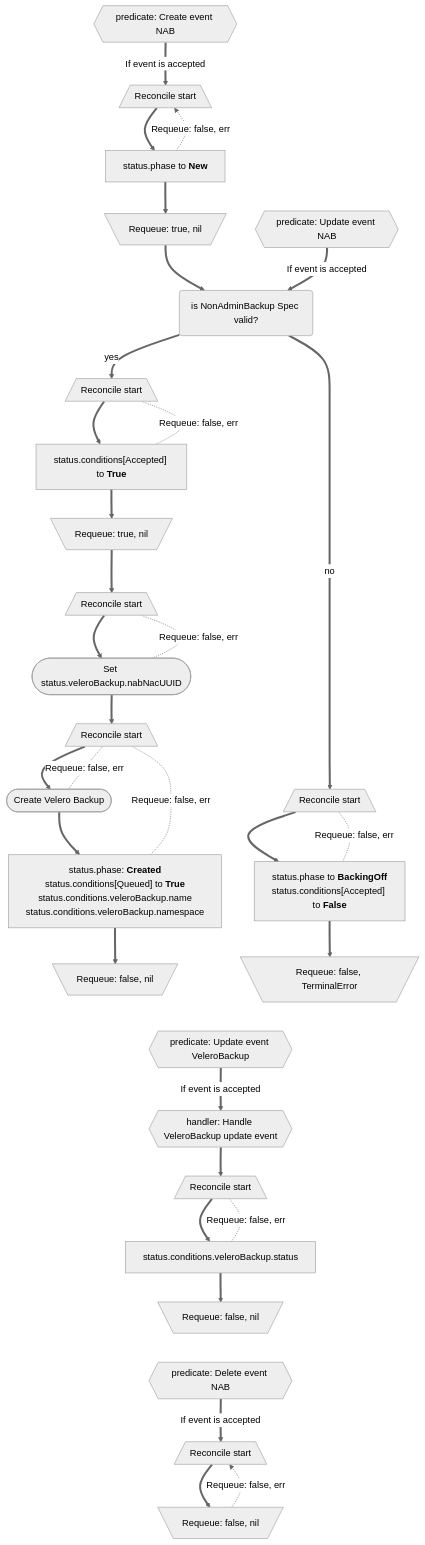
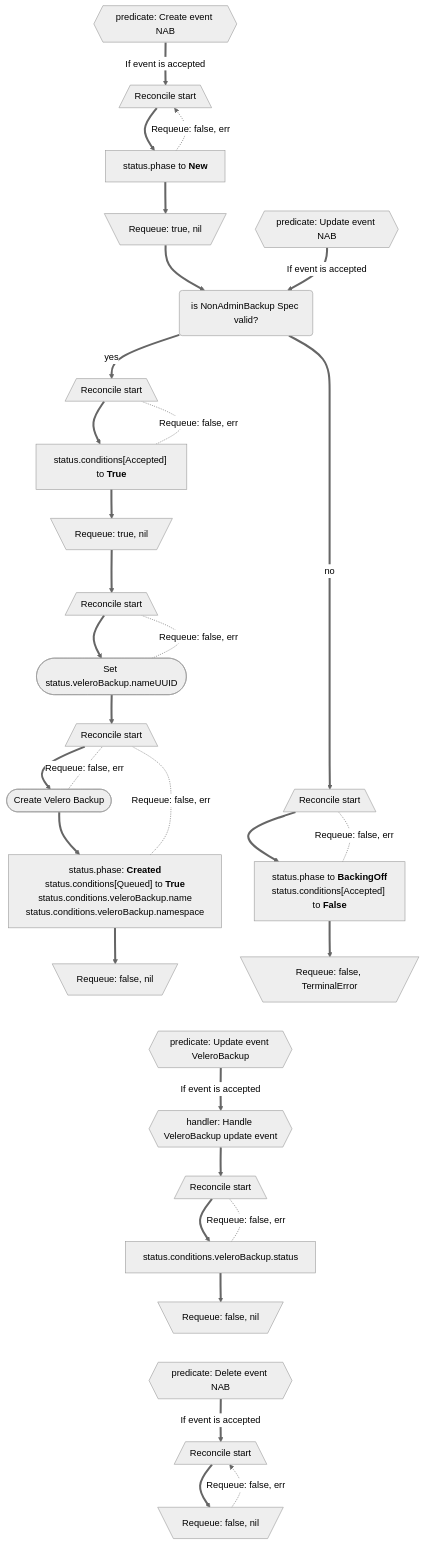
The diagram in docs/design/nab_and_nar_status_update.md (migtools/oadp-non-admin), drawn with Mermaid before and after one commit. The commit also changed other lines of this file and 8 other files, not shown here.

First line of the commit message:
Update custom UUID for NAB Object to reflect Code Review

````diff
--- a/docs/design/nab_and_nar_status_update.md
+++ b/docs/design/nab_and_nar_status_update.md
@@ -124,78 +124,78 @@
 ```mermaid
 %%{init: {'theme':'neutral'}}%%
 graph
 event1{{predicate: Create event NAB}} == If event is accepted ==>
 
 reconcileStart1[/Reconcile start\] ==>
 
 phaseNew["`status.phase to **New**`"] -. Requeue: false, err .-> reconcileStart1
 phaseNew ==>
 
 reconcileExit1[\Requeue: true, nil/]
 reconcileExit1 ==> question(is NonAdminBackup Spec valid?) == yes ==> reconcileStart2
 question == no ==> reconcileStartInvalid1
 
 
 
 reconcileStart2[/Reconcile start\] ==>
 
 conditionsAcceptedTrue["`status.conditions[Accepted] to **True**`"] -. Requeue: false, err .- reconcileStart2
 
 conditionsAcceptedTrue ==>
 
 reconcileExit2[\Requeue: true, nil/] ==>
 
 reconcileStart3[/Reconcile start\] ==>
 
-setVeleroBackupUUID([Set status.veleroBackup.nabNacUUID]) -. Requeue: false, err .- reconcileStart3
+setVeleroBackupUUID([Set status.veleroBackup.nameUUID]) -. Requeue: false, err .- reconcileStart3
 
 setVeleroBackupUUID ==>
 
 reconcileStart4[/Reconcile start\] ==>
 
 createVeleroBackup([Create Velero Backup]) -. Requeue: false, err .- reconcileStart4
 createVeleroBackup ==>
 
 phaseCreated["`
 status.phase: **Created**
 status.conditions[Queued] to **True**
 status.conditions.veleroBackup.name
 status.conditions.veleroBackup.namespace
 `"] -. Requeue: false, err .- reconcileStart4
 phaseCreated ==>
 
 reconcileExit4[\Requeue: false, nil/]
 
 reconcileStartInvalid1[/Reconcile start\] ==>
 
 phaseBackingOff["`
 status.phase to **BackingOff**
 status.conditions[Accepted] to **False**
 `"] -. Requeue: false, err .- reconcileStartInvalid1
 phaseBackingOff ==>
 
 reconcileExitInvalid1[\Requeue: false, TerminalError/]
 
 reconcileExit4 ~~~ event2
 reconcileExitInvalid1 ~~~ event2
 
 event2{{predicate: Update event VeleroBackup}} == If event is accepted ==>
 handler1{{handler: Handle VeleroBackup update event}} ==> reconcileStart5
 
 reconcileStart5[/Reconcile start\] ==> conditionsVeleroBackupStatus
 
 conditionsVeleroBackupStatus["`status.conditions.veleroBackup.status`"] -. Requeue: false, err .- reconcileStart5
 conditionsVeleroBackupStatus ==>
 
 reconcileExit5[\Requeue: false, nil/]
 
 reconcileExit5 ~~~ event3
 
 event3{{predicate: Delete event NAB}} == If event is accepted ==>
 
 reconcileDelete1[/Reconcile start\] ==>
 
 reconcileExitDelete1[\Requeue: false, nil/] -. Requeue: false, err .-> reconcileDelete1
 
 event4{{predicate: Update event NAB}} == If event is accepted ==> question
 ```
````
